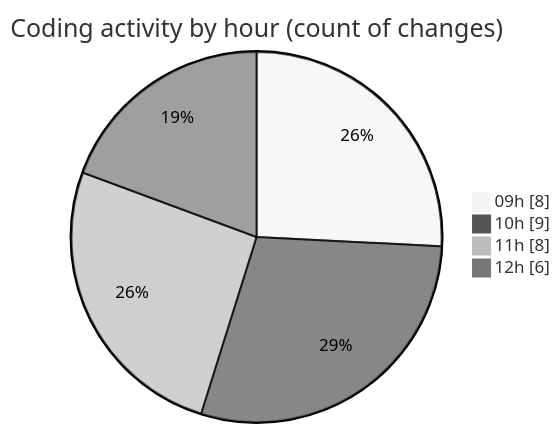
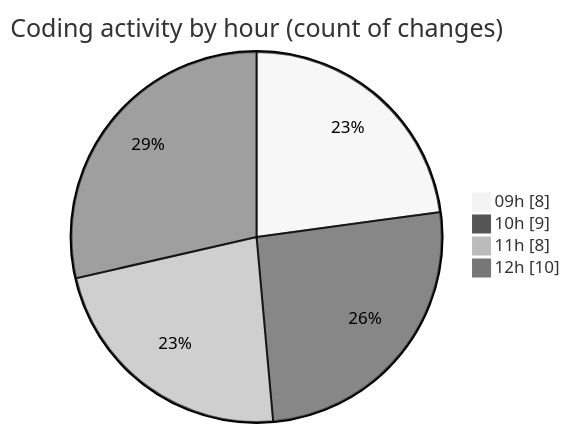
Before and after one commit to momahboobian/code-tracking: the second of 2 diagrams in 2025-02-25/cda/README.md, drawn with Mermaid (neutral theme). The commit also changed other lines of this file and 1 other file, not shown here.

````diff
--- a/2025-02-25/cda/README.md
+++ b/2025-02-25/cda/README.md
@@ -36,8 +36,8 @@
 ```mermaid
 pie showData
 title Coding activity by hour (count of changes)
 "09h" : 8
 "10h" : 9
 "11h" : 8
-"12h" : 6
+"12h" : 10
 ```
````
